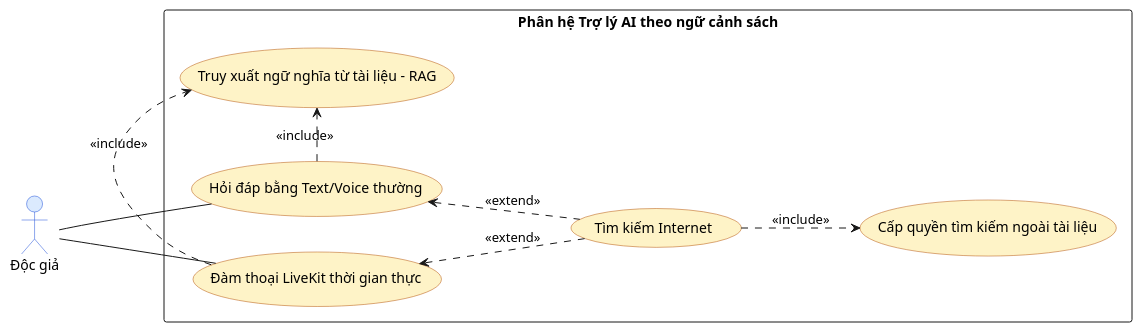
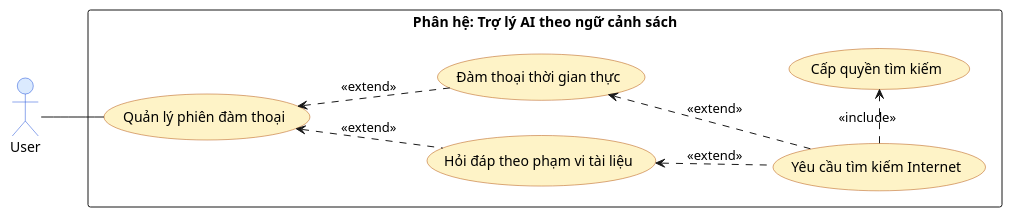
One commit to KhoaSinno/triam-backend changed the diagram in _docs_capstone/_dia/UseCase/sub_UC/triam_usecase_ai_assistant.puml. Above: the diagram before and after it, drawn with PlantUML. The commit also changed 8 other files, not shown here.

```diff
--- a/_docs_capstone/_dia/UseCase/sub_UC/triam_usecase_ai_assistant.puml
+++ b/_docs_capstone/_dia/UseCase/sub_UC/triam_usecase_ai_assistant.puml
@@ -1,43 +1,48 @@
 @startuml triam_usecase_ai_assistant
 skinparam Shadowing false
 skinparam backgroundColor #FFFFFF
 skinparam defaultFontName Arial
 ' skinparam roundcorner 14
 ' skinparam linetype ortho
 
 skinparam actor {
   BackgroundColor #DBEAFE
   BorderColor #1D4ED8
 }
 skinparam usecase {
   BackgroundColor #FEF3C7
   BorderColor #B45309
 }
 
 left to right direction
 
-actor "Độc giả" as Reader
+actor "User" as Reader
 ' actor "Tavily API (Internet)" as Tavily
 
-rectangle "Phân hệ Trợ lý AI theo ngữ cảnh sách" {
-  (Hỏi đáp bằng Text/Voice thường) as UC_QA
-  (Đàm thoại LiveKit thời gian thực) as UC_LiveKit
-  (Truy xuất ngữ nghĩa từ tài liệu - RAG) as UC_RAG
-  (Tìm kiếm Internet) as UC_Web
-  (Cấp quyền tìm kiếm ngoài tài liệu) as UC_Perm
+rectangle "Phân hệ: Trợ lý AI theo ngữ cảnh sách" {
+  (Hỏi đáp theo phạm vi tài liệu) as UC_QA
+  (Đàm thoại thời gian thực) as UC_LiveKit
+  ' (Truy xuất ngữ nghĩa từ tài liệu - RAG) as UC_RAG
+  (Quản lý phiên đàm thoại) as UC_ManageSession
+  (Yêu cầu tìm kiếm Internet) as UC_Web
+  (Cấp quyền tìm kiếm) as UC_Perm
 
   ' Hỏi đáp và Đàm thoại đều bắt buộc phải truy xuất ngữ nghĩa từ tài liệu (RAG)
-  UC_QA .> UC_RAG : <<include>>
-  UC_LiveKit .> UC_RAG : <<include>>
+  ' UC_QA .> UC_RAG : <<include>>
+  ' UC_LiveKit .> UC_RAG : <<include>>
 
   ' Quan hệ mở rộng tìm kiếm ngoài
+  UC_ManageSession <.. UC_QA : <<extend>>
+  UC_ManageSession <.. UC_LiveKit : <<extend>>
+
   UC_QA <.. UC_Web : <<extend>>
   UC_LiveKit <.. UC_Web : <<extend>>
 
   ' Tìm kiếm ngoài bắt buộc phải hỏi xin quyền từ người học
-  UC_Web ..> UC_Perm : <<include>>
+  UC_Web .> UC_Perm : <<include>>
 }
 
-Reader -- UC_QA
-Reader -- UC_LiveKit
+' Reader -- UC_QA
+' Reader -- UC_LiveKit
+Reader -- UC_ManageSession
 @enduml
```
